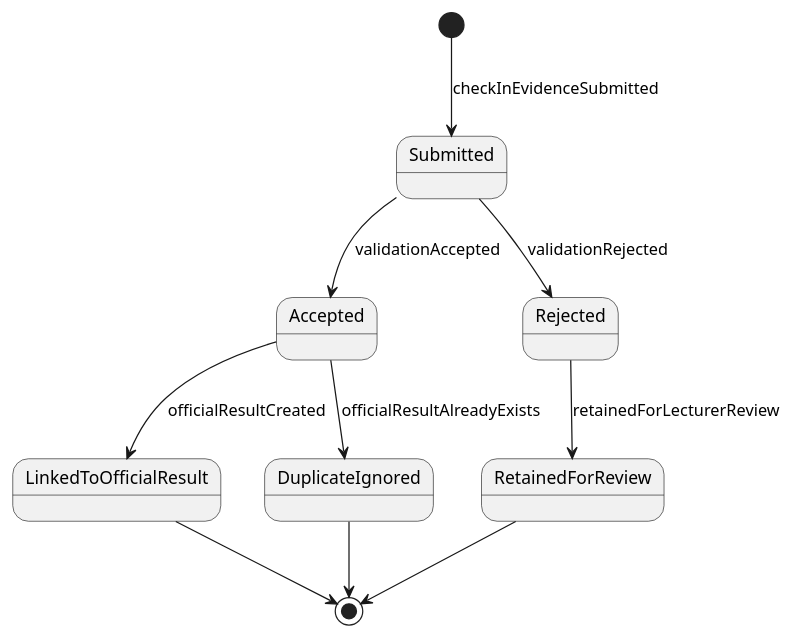
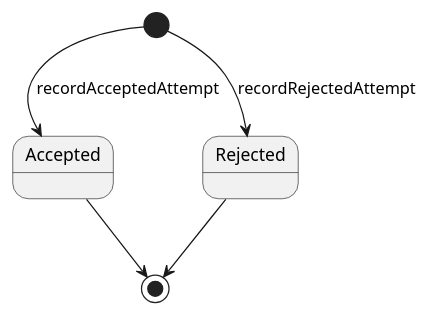
One commit to nttung42/SWD392 changed diagram 28 of 29 in docs/rds/2_Analysis.md. Above: the diagram before and after it, drawn with PlantUML. The commit also changed other lines of this file and 1 other file, not shown here.

````diff
--- a/docs/rds/2_Analysis.md
+++ b/docs/rds/2_Analysis.md
@@ -1435,13 +1435,9 @@
 ```plantuml
 @startuml
-[*] --> Submitted : checkInEvidenceSubmitted
-Submitted --> Accepted : validationAccepted
-Submitted --> Rejected : validationRejected
-Accepted --> LinkedToOfficialResult : officialResultCreated
-Accepted --> DuplicateIgnored : officialResultAlreadyExists
-Rejected --> RetainedForReview : retainedForLecturerReview
-LinkedToOfficialResult --> [*]
-DuplicateIgnored --> [*]
-RetainedForReview --> [*]
+skinparam style strictuml
+[*] --> Accepted : recordAcceptedAttempt
+[*] --> Rejected : recordRejectedAttempt
+Accepted --> [*]
+Rejected --> [*]
 @enduml
 ```
````
